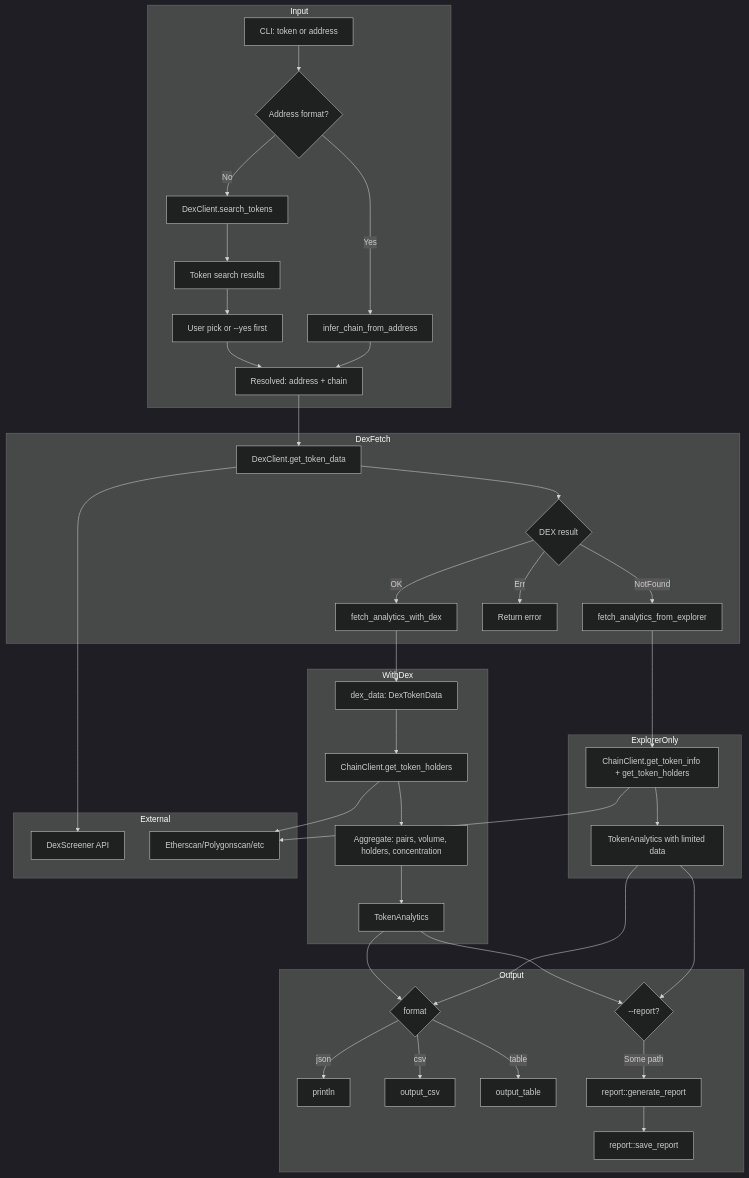
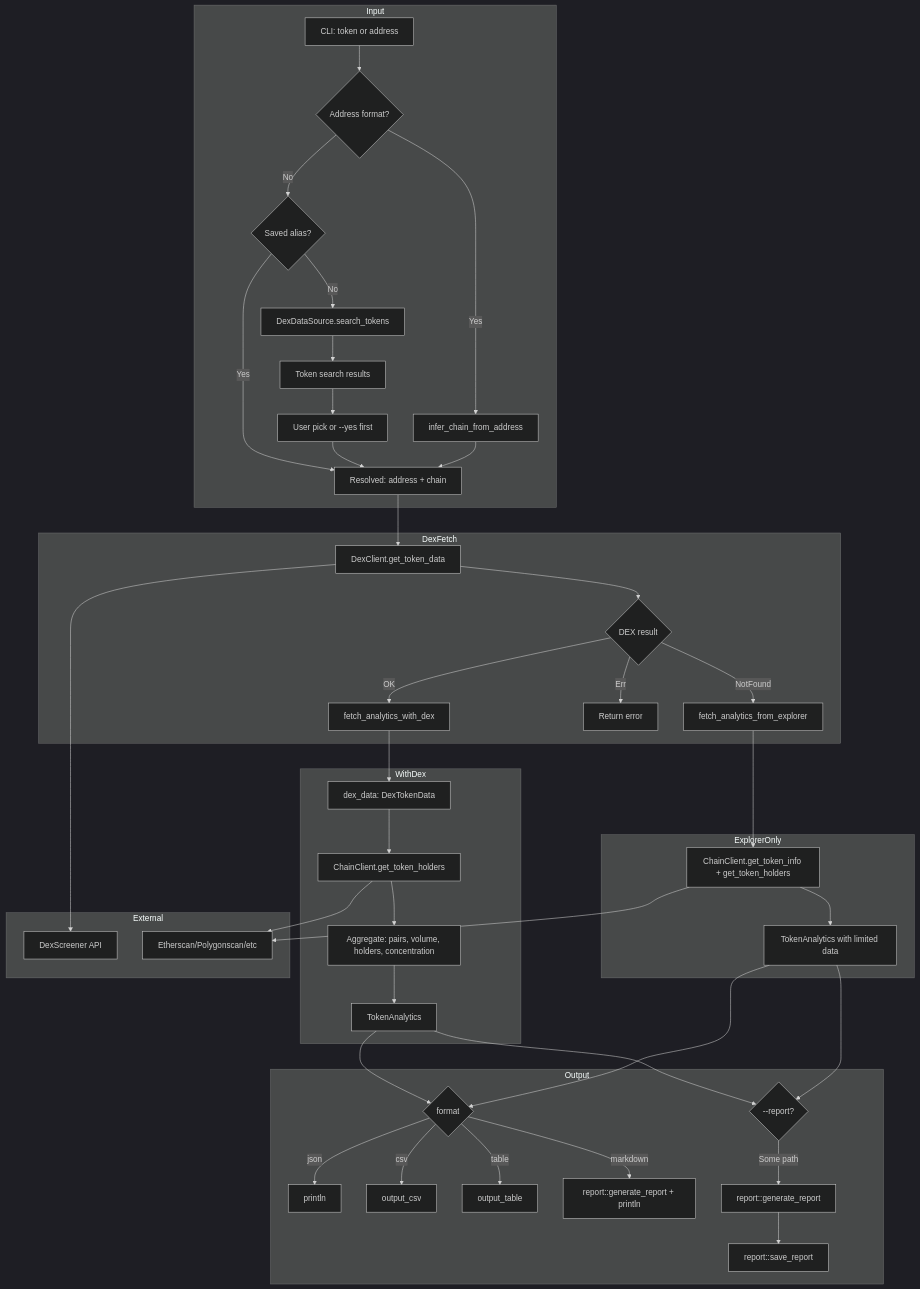
One commit to robot-accomplice/scope-blockchain-analysis changed the diagram in docs/architecture/dataflow-crawl.md. Above: the diagram before and after it, drawn with Mermaid (dark theme). The commit also changed other lines of this file and 33 other files, not shown here.

````diff
--- a/docs/architecture/dataflow-crawl.md
+++ b/docs/architecture/dataflow-crawl.md
@@ -5,51 +5,54 @@
 ```mermaid
 flowchart TB
     subgraph Input
         A[CLI: token or address]
         A --> B{Address format?}
-        B -->|No| C[DexClient.search_tokens]
-        C --> D[Token search results]
-        D --> E[User pick or --yes first]
         B -->|Yes| F[infer_chain_from_address]
-        E --> G[Resolved: address + chain]
+        B -->|No| C{Saved alias?}
+        C -->|Yes| G[Resolved: address + chain]
+        C -->|No| D[DexDataSource.search_tokens]
+        D --> E[Token search results]
+        E --> H[User pick or --yes first]
+        H --> G
         F --> G
     end
 
     subgraph DexFetch
-        G --> H[DexClient.get_token_data]
-        H --> I{DEX result}
+        G --> I1[DexClient.get_token_data]
+        I1 --> I{DEX result}
         I -->|OK| J[fetch_analytics_with_dex]
         I -->|NotFound| K[fetch_analytics_from_explorer]
         I -->|Err| L[Return error]
     end
 
     subgraph WithDex
         J --> M[dex_data: DexTokenData]
         M --> N[ChainClient.get_token_holders]
         N --> O[Aggregate: pairs, volume, holders, concentration]
         O --> P[TokenAnalytics]
     end
 
     subgraph ExplorerOnly
         K --> Q[ChainClient.get_token_info + get_token_holders]
         Q --> R[TokenAnalytics with limited data]
     end
 
     subgraph Output
         P --> S{format}
         R --> S
         S -->|json| T[println]
         S -->|csv| U[output_csv]
         S -->|table| V[output_table]
+        S -->|markdown| V2[report::generate_report + println]
         P --> W{--report?}
         R --> W
         W -->|Some path| X[report::generate_report]
         X --> Y[report::save_report]
     end
 
     subgraph External
-        H --> Z[DexScreener API]
+        I1 --> Z[DexScreener API]
         N --> AA[Etherscan/Polygonscan/etc]
         Q --> AA
     end
 ```
````
